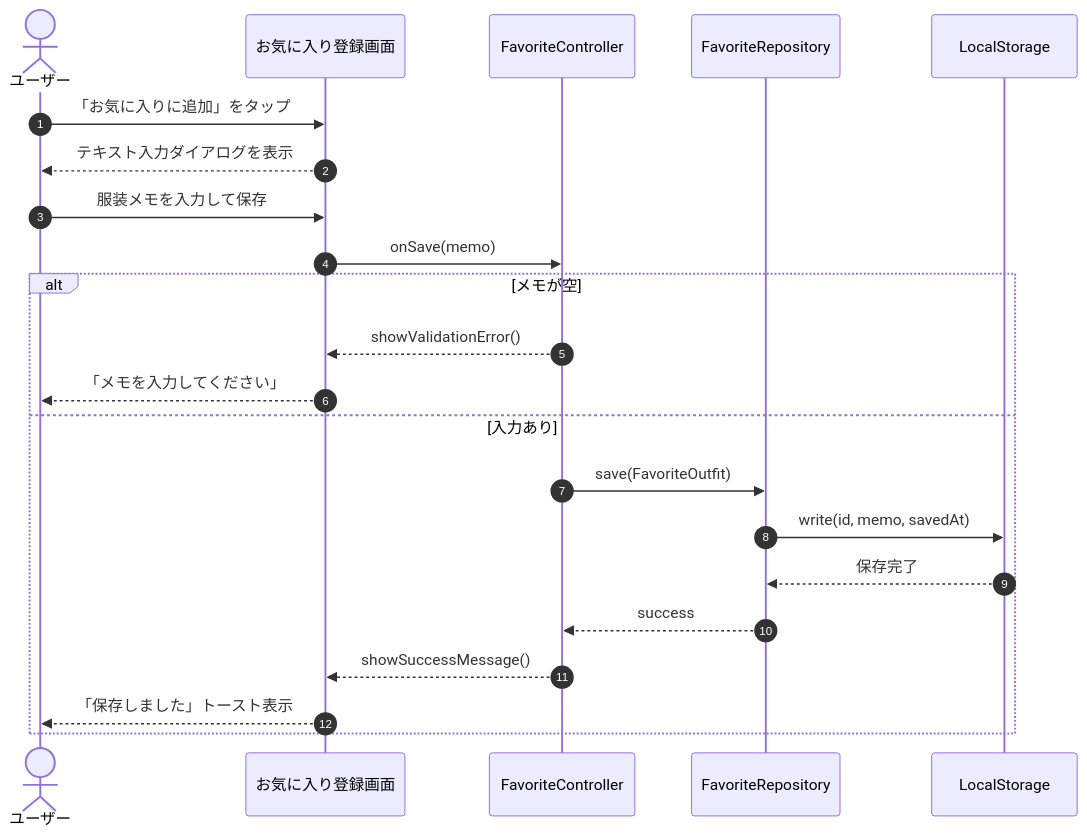
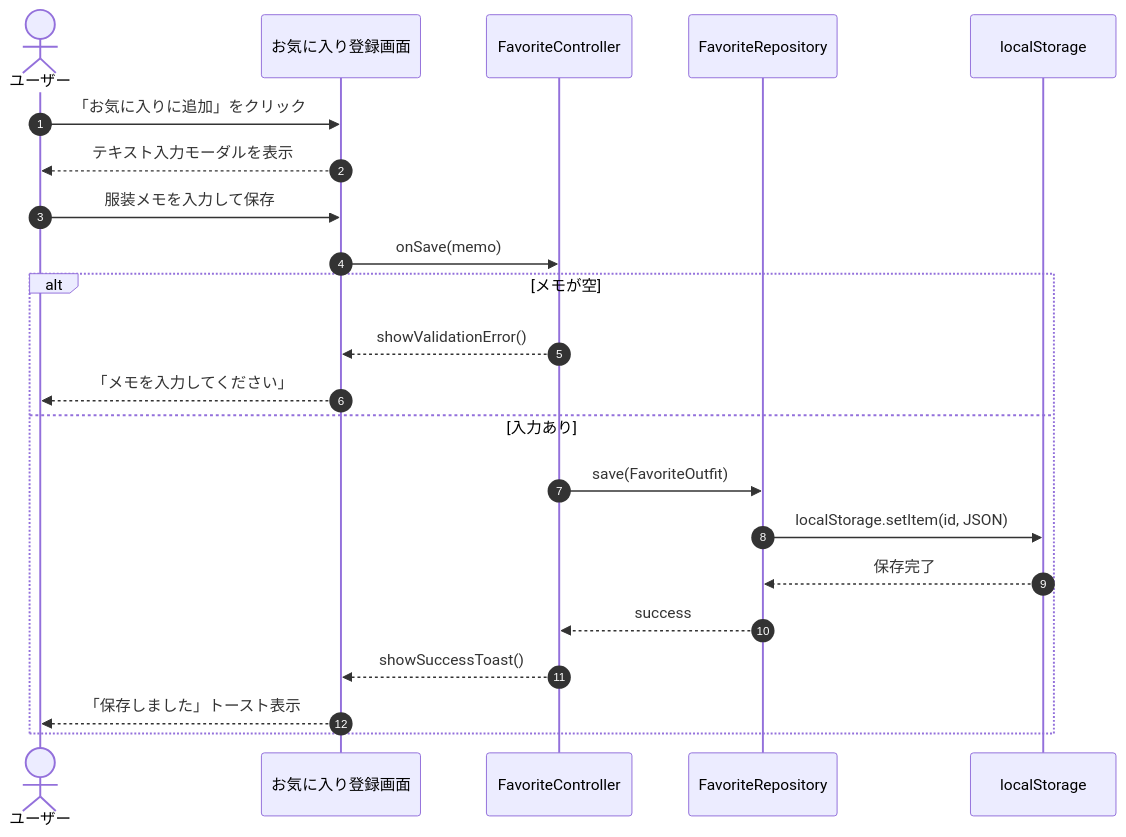
Before and after one commit to tsukushi-81/apri: the fourth of 8 diagrams in README.md, drawn with Mermaid. The commit also changed other lines of this file, not shown here.

````diff
--- a/README.md
+++ b/README.md
@@ -342,25 +394,25 @@
 ```mermaid
 sequenceDiagram
   autonumber
   actor User as ユーザー
   participant UI as お気に入り登録画面
   participant Ctrl as FavoriteController
   participant Repo as FavoriteRepository
-  participant DB as LocalStorage
+  participant DB as localStorage
 
-  User->>UI: 「お気に入りに追加」をタップ
-  UI-->>User: テキスト入力ダイアログを表示
+  User->>UI: 「お気に入りに追加」をクリック
+  UI-->>User: テキスト入力モーダルを表示
   User->>UI: 服装メモを入力して保存
   UI->>Ctrl: onSave(memo)
   alt メモが空
     Ctrl-->>UI: showValidationError()
     UI-->>User: 「メモを入力してください」
   else 入力あり
     Ctrl->>Repo: save(FavoriteOutfit)
-    Repo->>DB: write(id, memo, savedAt)
+    Repo->>DB: localStorage.setItem(id, JSON)
     DB-->>Repo: 保存完了
     Repo-->>Ctrl: success
-    Ctrl-->>UI: showSuccessMessage()
+    Ctrl-->>UI: showSuccessToast()
     UI-->>User: 「保存しました」トースト表示
   end
 ```
````
